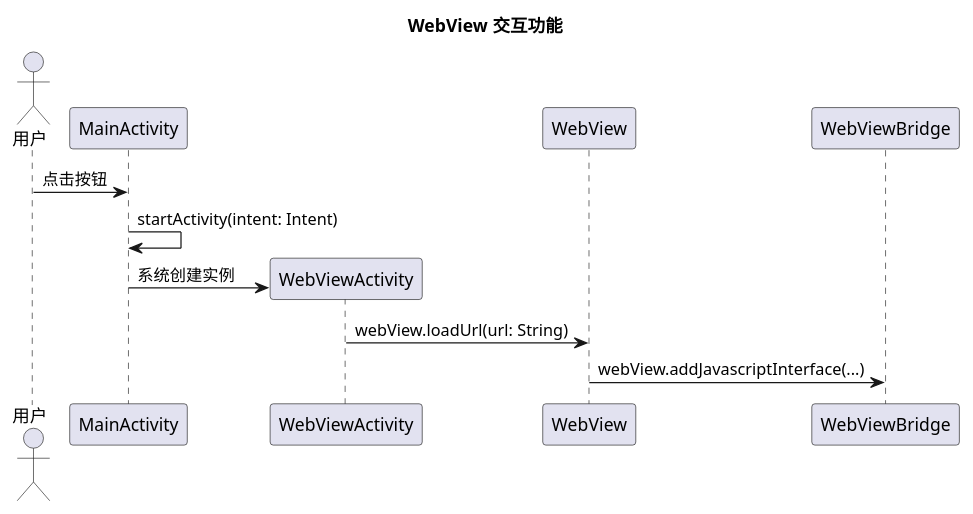
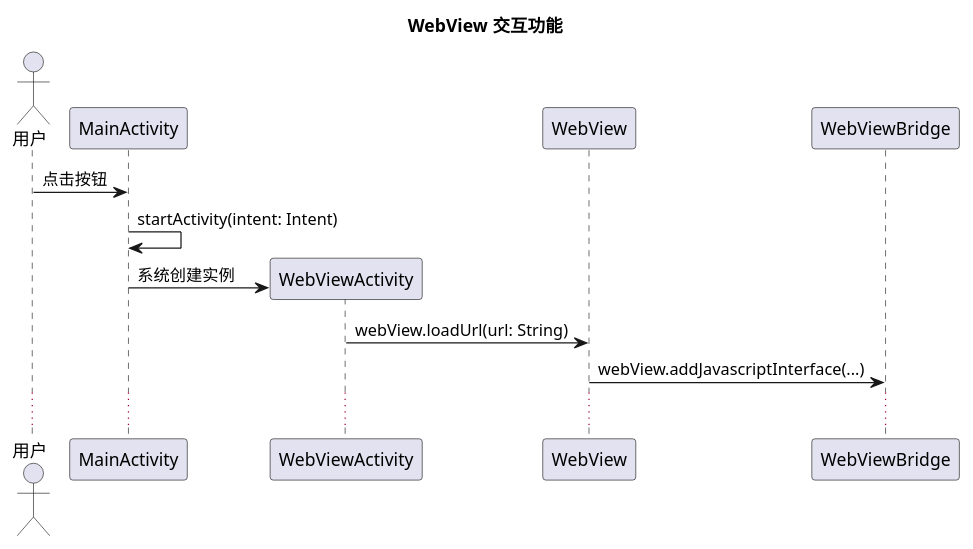
Before and after one commit to yzsgith/Android_client: the second of 2 diagrams in developer_doc/read.md, drawn with PlantUML. The commit also changed other lines of this file and 11 other files, not shown here.

````diff
--- a/developer_doc/read.md
+++ b/developer_doc/read.md
@@ -202,19 +171,20 @@
 ```plantuml
+plantuml
 @startuml
 title WebView 交互功能
 
 actor 用户
 participant "MainActivity" as Main
 participant "WebViewActivity" as WebViewAct
 participant "WebView" as WV
 participant "WebViewBridge" as Bridge
 
 用户 -> Main: 点击按钮
 Main -> Main: startActivity(intent: Intent)
 create WebViewAct
 Main -> WebViewAct: 系统创建实例
 WebViewAct -> WV: webView.loadUrl(url: String)
 WV -> Bridge: webView.addJavascriptInterface(...)
-
+...
 @enduml
 ```
````
